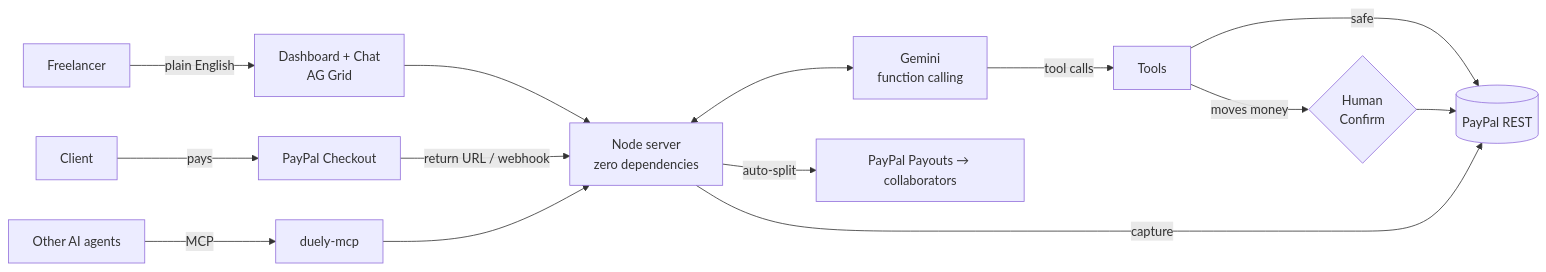
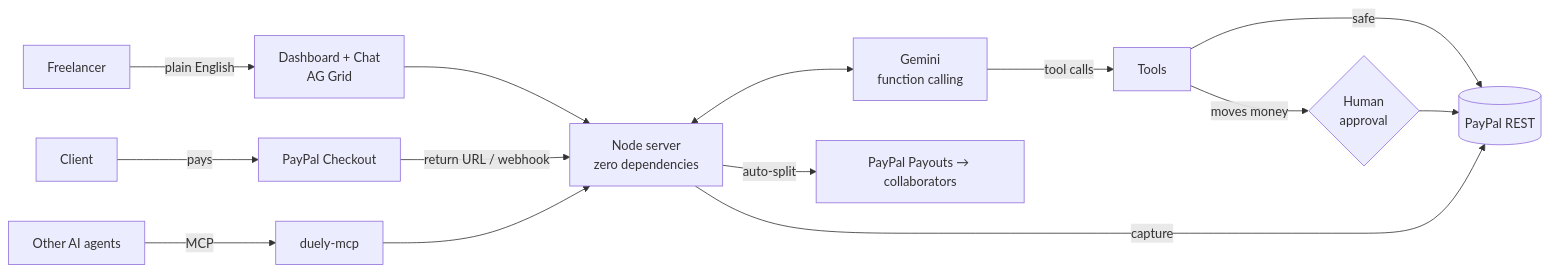
The diagram in README.md (AnirudhPMenon/PayPal), drawn with Mermaid before and after one commit. The commit also changed other lines of this file and 1 other file, not shown here.

````diff
--- a/README.md
+++ b/README.md
@@ -89,15 +91,15 @@
 ```mermaid
 flowchart LR
   U[Freelancer] -- plain English --> UI[Dashboard + Chat<br/>AG Grid]
   UI --> S[Node server<br/>zero dependencies]
   S <--> G[Gemini<br/>function calling]
   G -- tool calls --> T[Tools]
   T -- safe --> PP[(PayPal REST)]
-  T -- moves money --> C{Human<br/>Confirm}
+  T -- moves money --> C{Human<br/>approval}
   C --> PP
   CL[Client] -- pays --> PPC[PayPal Checkout]
   PPC -- return URL / webhook --> S
   S -- capture --> PP
   S -- auto-split --> PO[PayPal Payouts → collaborators]
   A[Other AI agents] -- MCP --> M[duely-mcp] --> S
 ```
````
